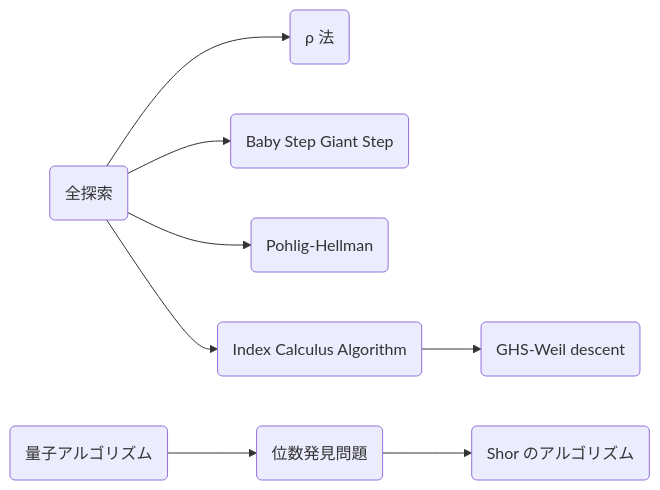
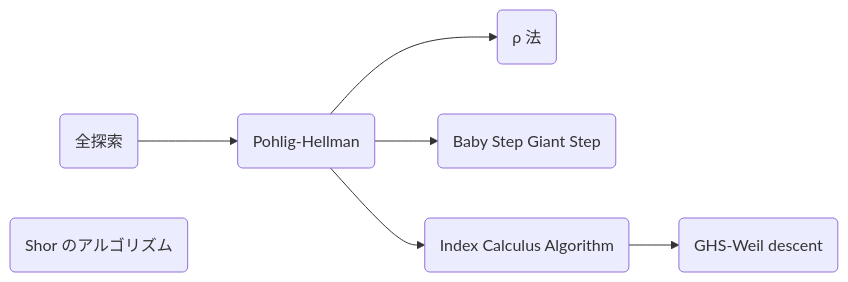
One commit to anko9801/zenn-docs changed the diagram in books/abac2c241c8563/ecc.md. Above: the diagram before and after it, drawn with Mermaid. The commit also changed other lines of this file, not shown here.

Commit message:
fix pohlig hellman

````diff
--- a/books/abac2c241c8563/ecc.md
+++ b/books/abac2c241c8563/ecc.md
@@ -204,8 +204,7 @@
 ```mermaid
 flowchart LR
-    id0(全探索) --> id1(ρ 法)
-    id0 --> id20(Baby Step Giant Step)
-    id0 --> id21(Pohlig-Hellman)
-    id0 --> id3(Index Calculus Algorithm) --> id4(GHS-Weil descent)
-    id12(量子アルゴリズム) --> id7(位数発見問題) --> id8(Shor のアルゴリズム)
+    id0(全探索) --> id3(Pohlig-Hellman) --> id1(ρ 法)
+    id3 --> id2(Baby Step Giant Step)
+    id3 --> id4(Index Calculus Algorithm) --> id5(GHS-Weil descent)
+    id8(Shor のアルゴリズム)
 ```
````
